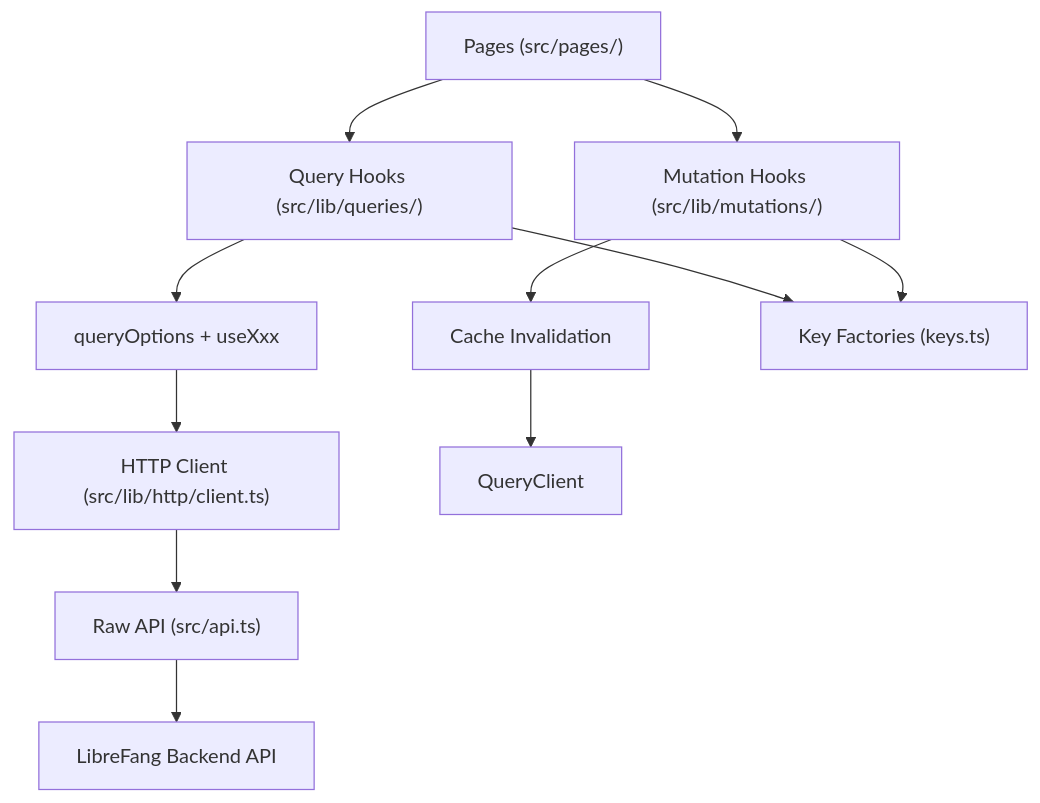
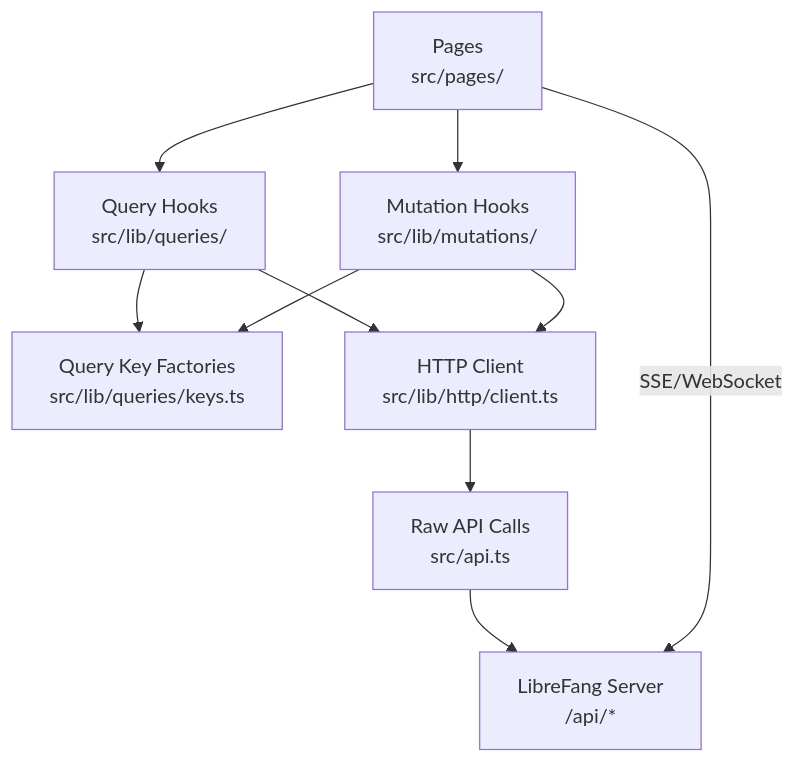
One commit to leszek3737/librefang-WIki changed the diagram in other-librefang-api-dashboard.md. Above: the diagram before and after it, drawn with Mermaid. The commit also changed other lines of this file and 120 other files, not shown here.

````diff
--- a/other-librefang-api-dashboard.md
+++ b/other-librefang-api-dashboard.md
@@ -9,13 +9,12 @@
 ```mermaid
 graph TD
-    Pages["Pages (src/pages/)"] --> Queries["Query Hooks (src/lib/queries/)"]
-    Pages --> Mutations["Mutation Hooks (src/lib/mutations/)"]
-    Queries --> QueryOpts["queryOptions + useXxx"]
-    Mutations --> Invalidation["Cache Invalidation"]
-    Queries --> Keys["Key Factories (keys.ts)"]
-    Mutations --> Keys
-    QueryOpts --> Client["HTTP Client (src/lib/http/client.ts)"]
-    Invalidation --> QC["QueryClient"]
-    Client --> API["Raw API (src/api.ts)"]
-    API --> Backend["LibreFang Backend API"]
+    P["Pages<br/>src/pages/"] --> Q["Query Hooks<br/>src/lib/queries/"]
+    P --> M["Mutation Hooks<br/>src/lib/mutations/"]
+    Q --> K["Query Key Factories<br/>src/lib/queries/keys.ts"]
+    M --> K
+    Q --> HC["HTTP Client<br/>src/lib/http/client.ts"]
+    M --> HC
+    HC --> API["Raw API Calls<br/>src/api.ts"]
+    API --> SV["LibreFang Server<br/>/api/*"]
+    P -->|SSE/WebSocket| SV
 ```
````
